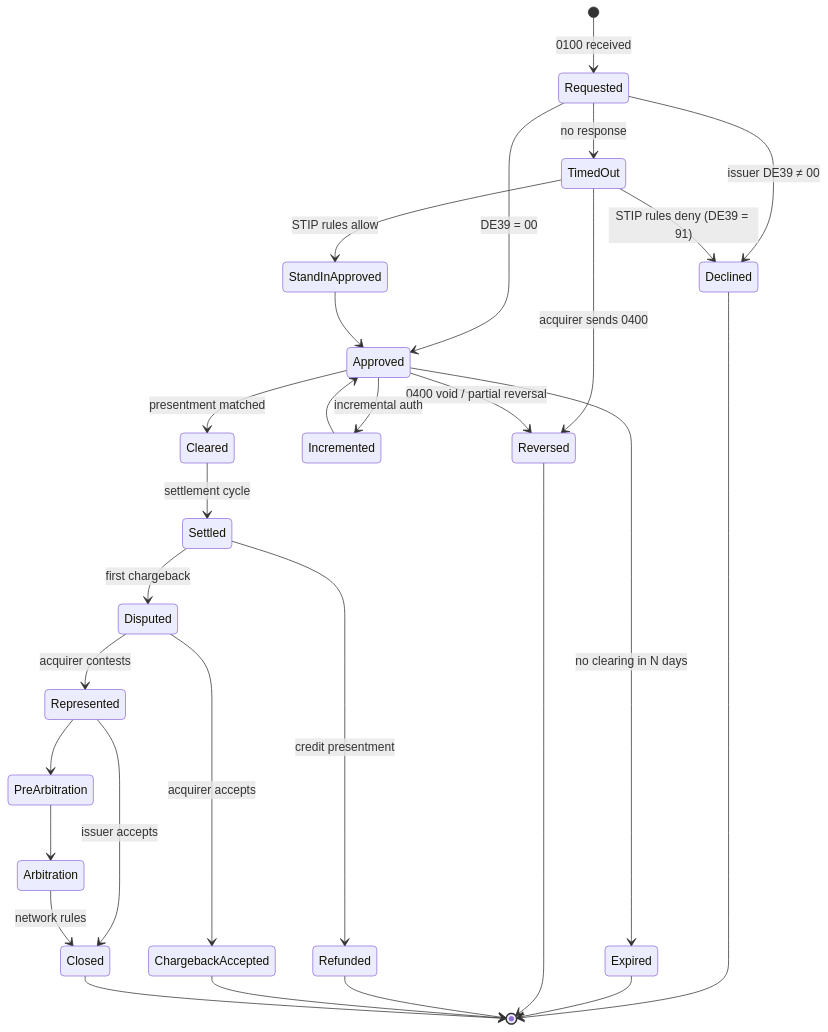
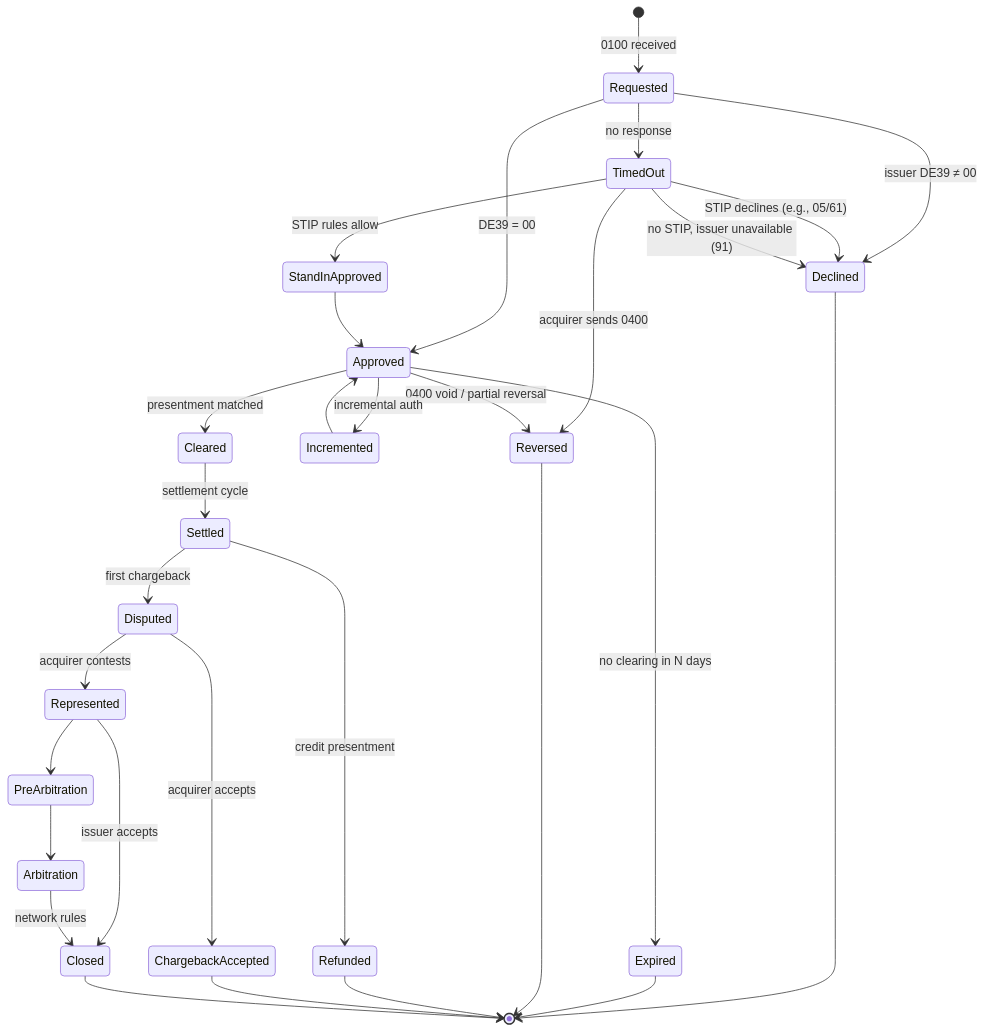
One commit to JonahR/simple-network changed the fourth of 4 diagrams in Network KT/03-transaction-lifecycle.md. Above: the diagram before and after it, drawn with Mermaid. The commit also changed other lines of this file and 26 other files, not shown here.

````diff
--- a/Network KT/03-transaction-lifecycle.md
+++ b/Network KT/03-transaction-lifecycle.md
@@ -111,31 +111,32 @@
 ```mermaid
 stateDiagram-v2
     [*] --> Requested: 0100 received
     Requested --> Declined: issuer DE39 ≠ 00
     Requested --> Approved: DE39 = 00
     Requested --> TimedOut: no response
     TimedOut --> StandInApproved: STIP rules allow
-    TimedOut --> Declined: STIP rules deny (DE39 = 91)
+    TimedOut --> Declined: STIP declines (e.g., 05/61)
+    TimedOut --> Declined: no STIP, issuer unavailable (91)
     TimedOut --> Reversed: acquirer sends 0400
     StandInApproved --> Approved
     Approved --> Reversed: 0400 void / partial reversal
     Approved --> Incremented: incremental auth
     Incremented --> Approved
     Approved --> Expired: no clearing in N days
     Approved --> Cleared: presentment matched
     Cleared --> Settled: settlement cycle
     Settled --> Refunded: credit presentment
     Settled --> Disputed: first chargeback
     Disputed --> Represented: acquirer contests
     Disputed --> ChargebackAccepted: acquirer accepts
     Represented --> PreArbitration
     Represented --> Closed: issuer accepts
     PreArbitration --> Arbitration
     Arbitration --> Closed: network rules
     Declined --> [*]
     Expired --> [*]
     Reversed --> [*]
     Refunded --> [*]
     ChargebackAccepted --> [*]
     Closed --> [*]
 ```
````
